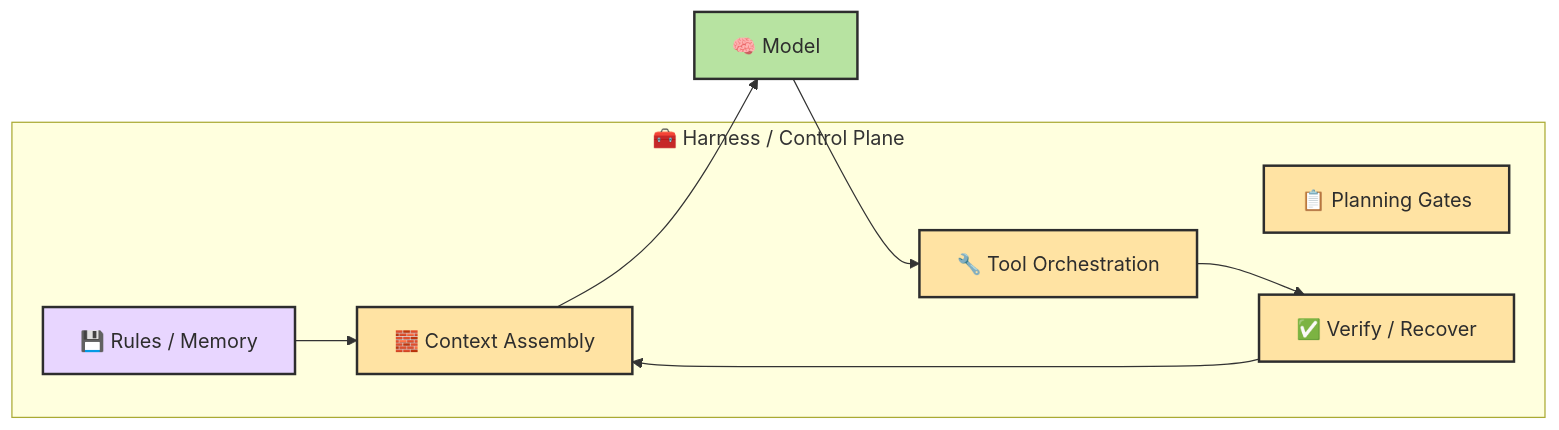
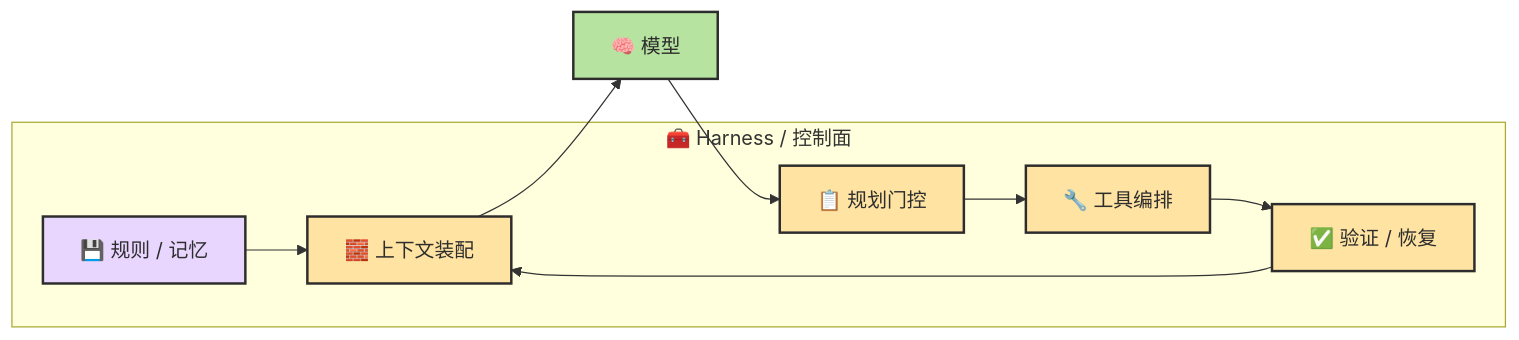
One commit to zht043/AgenticCodingTutorial changed the third of 4 diagrams in docs/chapters/ch08-agent-formula.md. Above: the diagram before and after it, drawn with Mermaid. The commit also changed other lines of this file and 24 other files, not shown here.

````diff
--- a/docs/chapters/ch08-agent-formula.md
+++ b/docs/chapters/ch08-agent-formula.md
@@ -259,20 +98,21 @@
 ```mermaid
 flowchart LR
     classDef shell fill:#d8eefb,stroke:#2d2d2d,stroke-width:2px,color:#2d2d2d
     classDef model fill:#b7e3a1,stroke:#2d2d2d,stroke-width:2px,color:#2d2d2d
     classDef ctrl fill:#ffe3a3,stroke:#2d2d2d,stroke-width:2px,color:#2d2d2d
     classDef mem fill:#e8d6ff,stroke:#2d2d2d,stroke-width:2px,color:#2d2d2d
 
-    subgraph H["🧰 Harness / Control Plane"]
-        C["🧱 Context Assembly"]:::ctrl
-        P["📋 Planning Gates"]:::ctrl
-        T["🔧 Tool Orchestration"]:::ctrl
-        V["✅ Verify / Recover"]:::ctrl
-        R["💾 Rules / Memory"]:::mem
+    subgraph H["🧰 Harness / 控制面"]
+        C["🧱 上下文装配"]:::ctrl
+        P["📋 规划门控"]:::ctrl
+        T["🔧 工具编排"]:::ctrl
+        V["✅ 验证 / 恢复"]:::ctrl
+        R["💾 规则 / 记忆"]:::mem
     end
-    C --> M["🧠 Model"]:::model
-    M --> T
+    C --> M["🧠 模型"]:::model
+    M --> P
+    P --> T
     T --> V
     V --> C
     R --> C
 ```
````
